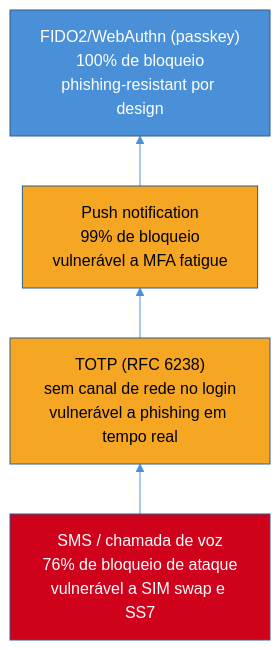
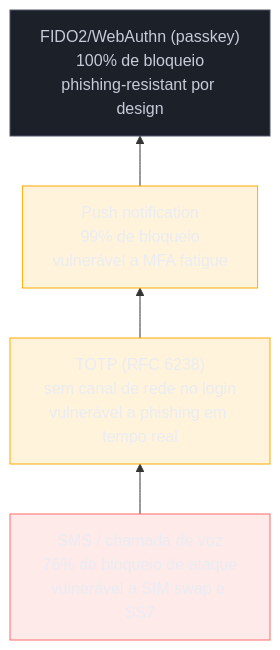
One commit to josenaldo/codex-technomanticus changed the fourth of 4 diagrams in 03-Dominios/Engenharia/Auth e Identidade/1 - Fundamentos de identidade/04 - Senhas e MFA — o legado que não morre.md. Above: the diagram before and after it, drawn with Mermaid. The commit also changed other lines of this file and 1181 other files, not shown here.

First line of the commit message:
fix(diagramas): paleta do sistema no lugar de cor cravada no markdown

````diff
--- a/03-Dominios/Engenharia/Auth e Identidade/1 - Fundamentos de identidade/04 - Senhas e MFA — o legado que não morre.md
+++ b/03-Dominios/Engenharia/Auth e Identidade/1 - Fundamentos de identidade/04 - Senhas e MFA — o legado que não morre.md
@@ -204,15 +203,17 @@
 ```mermaid
-%%{init: {"theme": "base", "themeVariables": {"primaryColor": "#4A90D9", "primaryBorderColor": "#2E5C8A", "lineColor": "#4A90D9"}}}%%
 graph BT
+    classDef falha fill:#FF6B6B24,stroke:#FF6B6B,color:#E9ECF2
+    classDef destaque fill:#FFAA0024,stroke:#FFAA00,color:#E9ECF2
+    classDef neutro fill:#1B2029,stroke:#4E5666,color:#C6CCD8
     SMS["SMS / chamada de voz<br/>76% de bloqueio de ataque<br/>vulnerável a SIM swap e SS7"]
     TOTP["TOTP (RFC 6238)<br/>sem canal de rede no login<br/>vulnerável a phishing em tempo real"]
     PUSH["Push notification<br/>99% de bloqueio<br/>vulnerável a MFA fatigue"]
     FIDO["FIDO2/WebAuthn (passkey)<br/>100% de bloqueio<br/>phishing-resistant por design"]
 
     SMS --> TOTP --> PUSH --> FIDO
 
-    style SMS fill:#D0021B,color:#fff
-    style TOTP fill:#F5A623,color:#000
-    style PUSH fill:#F5A623,color:#000
-    style FIDO fill:#4A90D9,color:#fff
+    class SMS falha
+    class TOTP destaque
+    class PUSH destaque
+    class FIDO neutro
 ```
````
